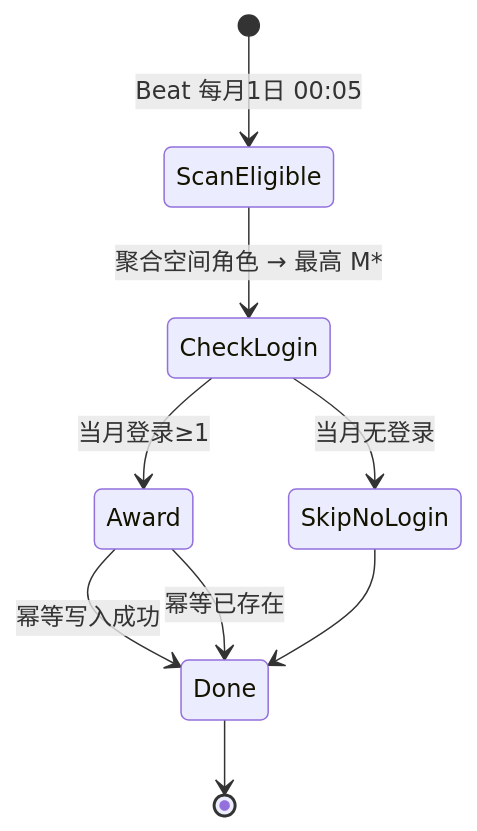
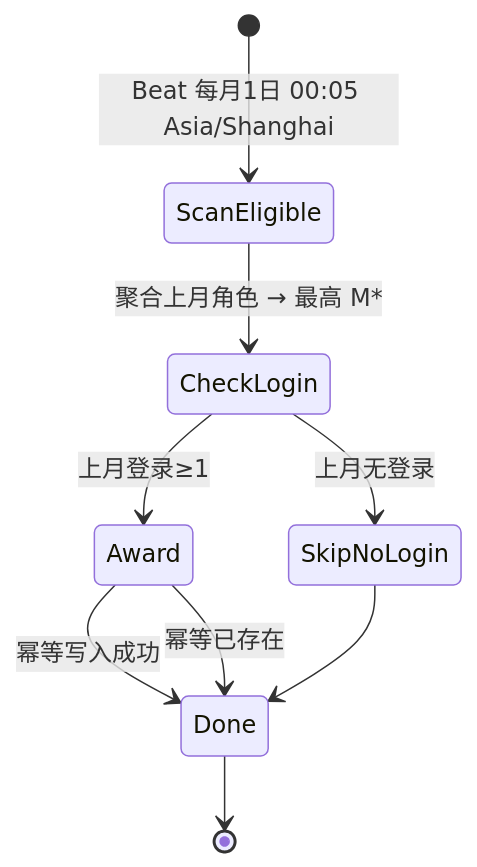
One commit to dataelement/bisheng changed the sixth of 10 diagrams in features/v2.6.0/070-points-system/design.md. Above: the diagram before and after it, drawn with Mermaid. The commit also changed other lines of this file and 19 other files, not shown here.

````diff
--- a/features/v2.6.0/070-points-system/design.md
+++ b/features/v2.6.0/070-points-system/design.md
@@ -709,11 +733,11 @@
 ```mermaid
 stateDiagram-v2
-  [*] --> ScanEligible: Beat 每月1日 00:05
-  ScanEligible --> CheckLogin: 聚合空间角色 → 最高 M*
-  CheckLogin --> SkipNoLogin: 当月无登录
-  CheckLogin --> Award: 当月登录≥1
+  [*] --> ScanEligible: Beat 每月1日 00:05 Asia/Shanghai
+  ScanEligible --> CheckLogin: 聚合上月角色 → 最高 M*
+  CheckLogin --> SkipNoLogin: 上月无登录
+  CheckLogin --> Award: 上月登录≥1
   Award --> Done: 幂等写入成功
   Award --> Done: 幂等已存在
   SkipNoLogin --> Done
   Done --> [*]
 ```
````
